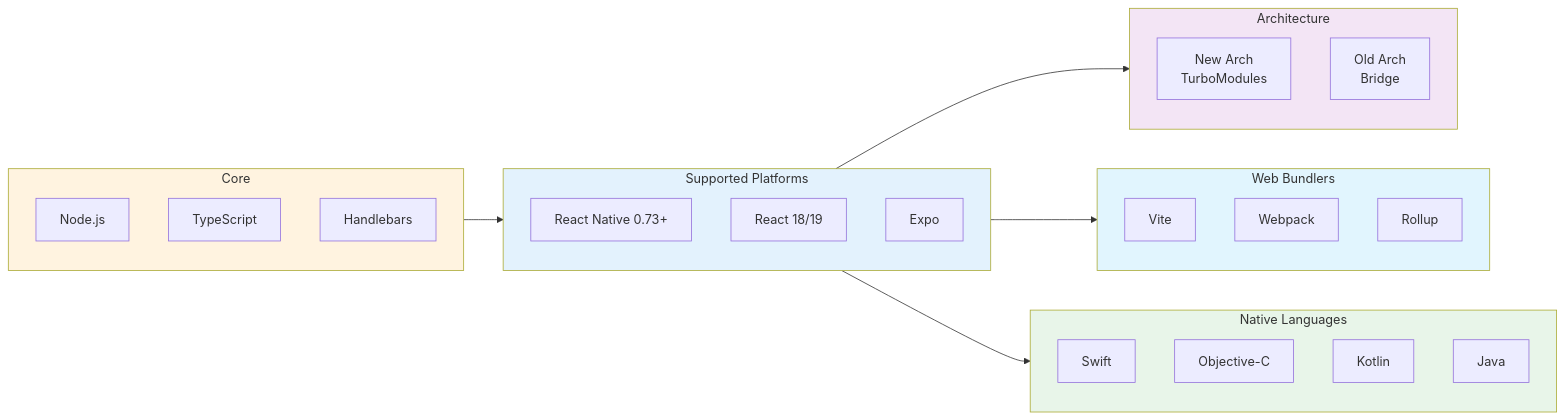
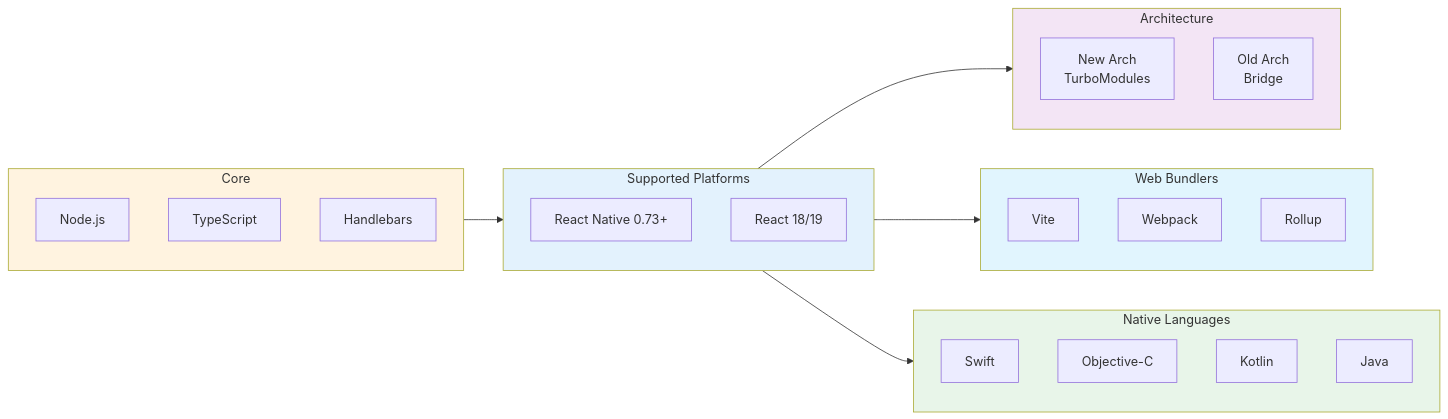
Before and after one commit to javier545dev/react-native-config-ultimate: the second of 2 diagrams in docs/index.md, drawn with Mermaid. The commit also changed other lines of this file and 2 other files, not shown here.

First line of the commit message:
docs: remove false Expo compatibility claims and convert ASCII table to markdown

````diff
--- a/docs/index.md
+++ b/docs/index.md
@@ -161,48 +161,47 @@
 ```mermaid
 flowchart LR
     subgraph Core["Core"]
         direction TB
         NODE["Node.js"]
         TS2["TypeScript"]
         HBS["Handlebars"]
     end
 
     subgraph Platforms["Supported Platforms"]
         direction TB
         RN["React Native 0.73+"]
         REACT["React 18/19"]
-        EXPO["Expo"]
     end
 
     subgraph Arch["Architecture"]
         direction TB
         NEW["New Arch\nTurboModules"]
         OLD["Old Arch\nBridge"]
     end
 
     subgraph Bundlers["Web Bundlers"]
         direction TB
         V["Vite"]
         W["Webpack"]
         R["Rollup"]
     end
 
     subgraph Native["Native Languages"]
         direction TB
         SW["Swift"]
         OC["Objective-C"]
         KO["Kotlin"]
         JA["Java"]
     end
 
     Core --> Platforms
     Platforms --> Arch
     Platforms --> Bundlers
     Platforms --> Native
 
     style Core fill:#fff3e0
     style Platforms fill:#e3f2fd
     style Arch fill:#f3e5f5
     style Bundlers fill:#e1f5fe
     style Native fill:#e8f5e9
 ```
````
